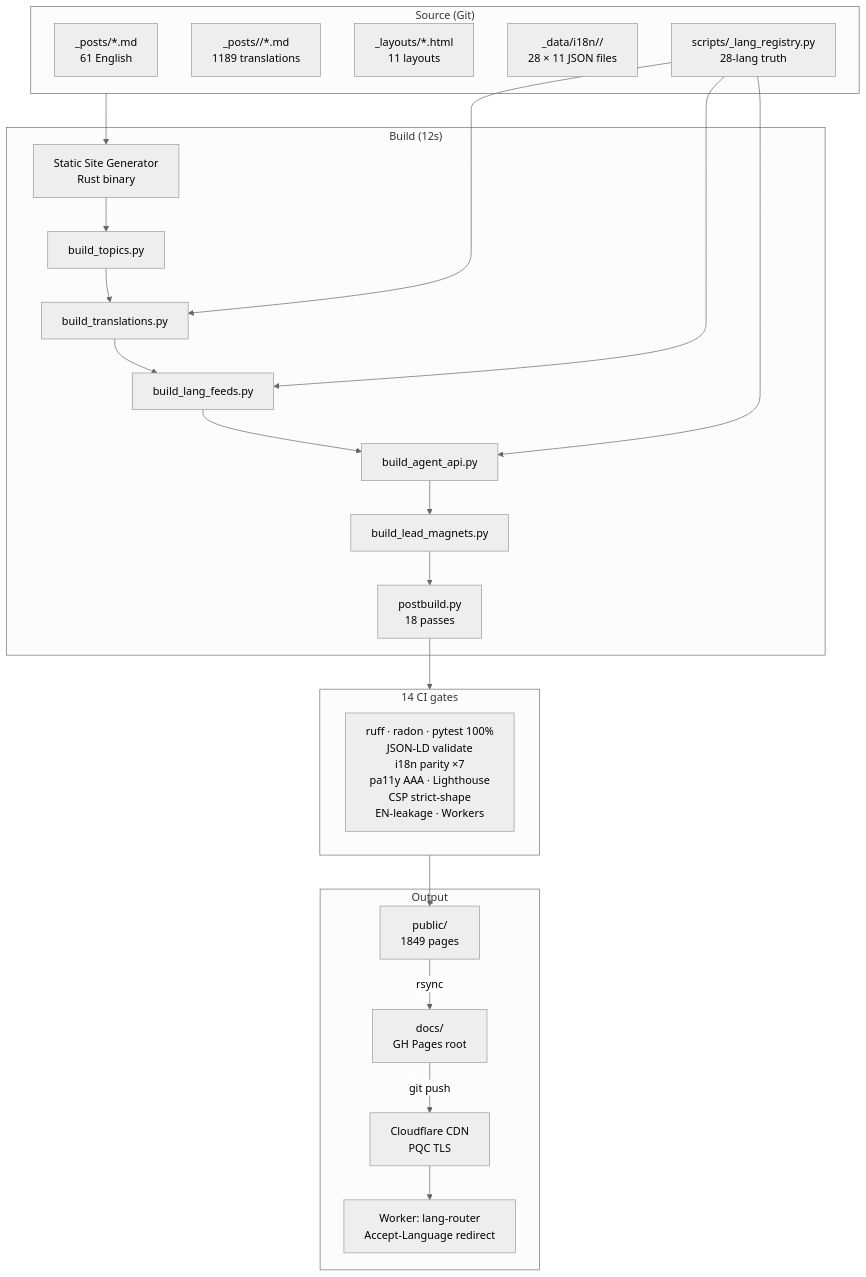
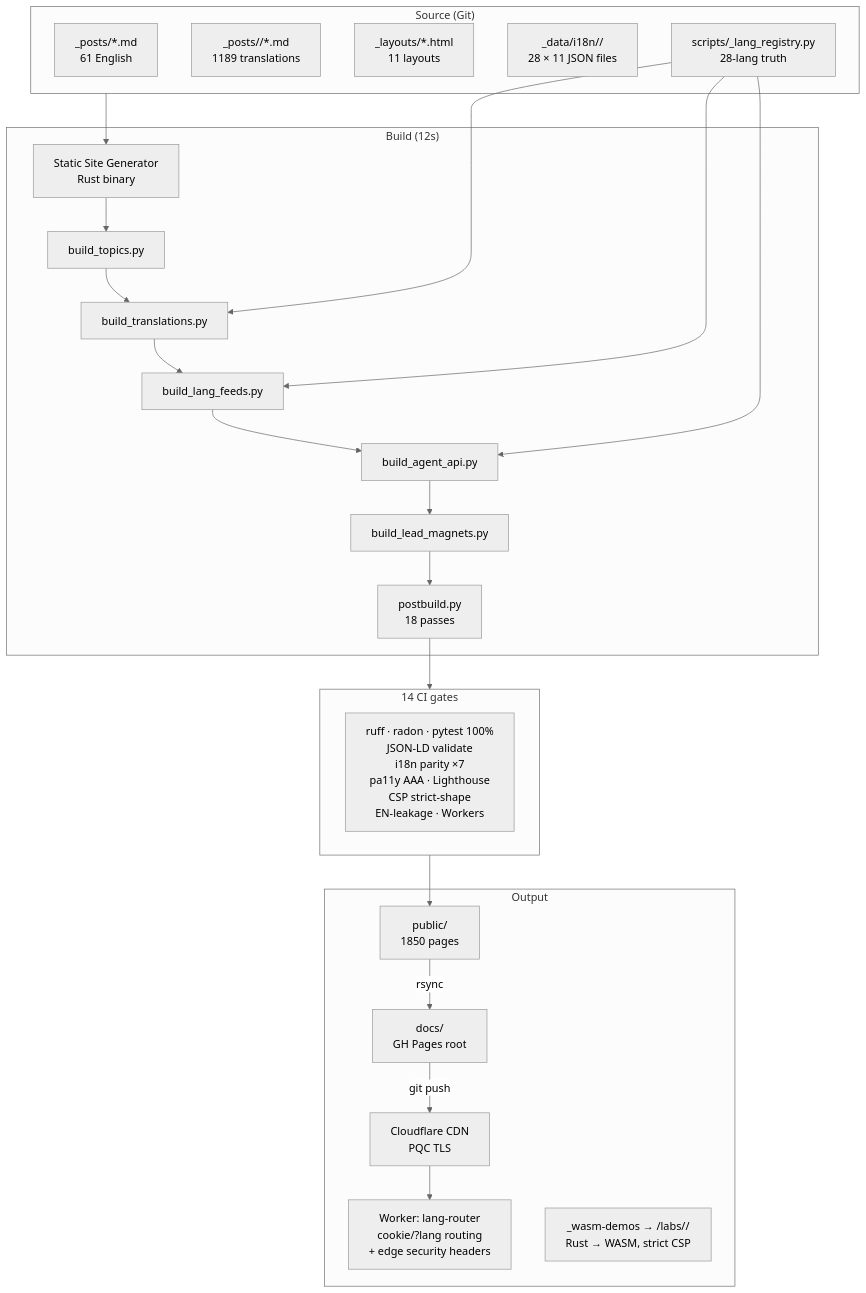
The first of 5 diagrams in doc/ARCHITECTURE.md (sebastienrousseau/sebastienrousseau.github.io), drawn with Mermaid before and after one commit. The commit also changed other lines of this file and 1376 other files, not shown here.

First line of the commit message:
docs: refresh README + doc/ to reflect current state (Worker headers, WASM labs, locale routing) (#85)

````diff
--- a/doc/ARCHITECTURE.md
+++ b/doc/ARCHITECTURE.md
@@ -21,43 +21,44 @@
 ```mermaid
 %%{init: {'theme':'neutral'} }%%
 flowchart TB
  subgraph Source["Source (Git)"]
  EN[_posts/*.md<br/>61 English]
  T[_posts/<lang>/*.md<br/>1189 translations]
  L[_layouts/*.html<br/>11 layouts]
  D[_data/i18n/<lang>/<br/>28 × 11 JSON files]
  REG[scripts/_lang_registry.py<br/>28-lang truth]
  end
 
  subgraph Build["Build (12s)"]
  SSG[Static Site Generator<br/>Rust binary]
  BT[build_topics.py]
  BR[build_translations.py]
  BF[build_lang_feeds.py]
  BA[build_agent_api.py]
  BL[build_lead_magnets.py]
  PB[postbuild.py<br/>18 passes]
  end
 
  subgraph Gates["14 CI gates"]
  G[ruff · radon · pytest 100%<br/>JSON-LD validate<br/>i18n parity ×7<br/>pa11y AAA · Lighthouse<br/>CSP strict-shape<br/>EN-leakage · Workers]
  end
 
  subgraph Output["Output"]
- P[public/<br/>1849 pages]
+ P[public/<br/>1850 pages]
  DC[docs/<br/>GH Pages root]
  CF[Cloudflare CDN<br/>PQC TLS]
- WORK[Worker: lang-router<br/>Accept-Language redirect]
+ WORK[Worker: lang-router<br/>cookie/?lang routing<br/>+ edge security headers]
+ LABS[_wasm-demos → /labs/<crate>/<br/>Rust → WASM, strict CSP]
  end
 
  Source --> SSG
  SSG --> BT --> BR --> BF --> BA --> BL --> PB
  REG --> BR
  REG --> BF
  REG --> BA
  PB --> Gates
  Gates --> P
  P -->|rsync| DC
  DC -->|git push| CF
  CF --> WORK
 ```
````
